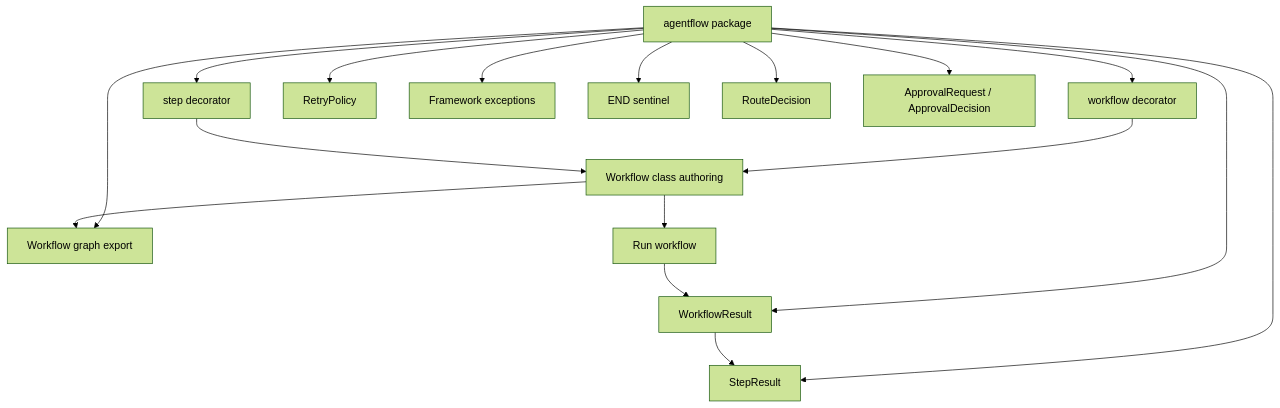
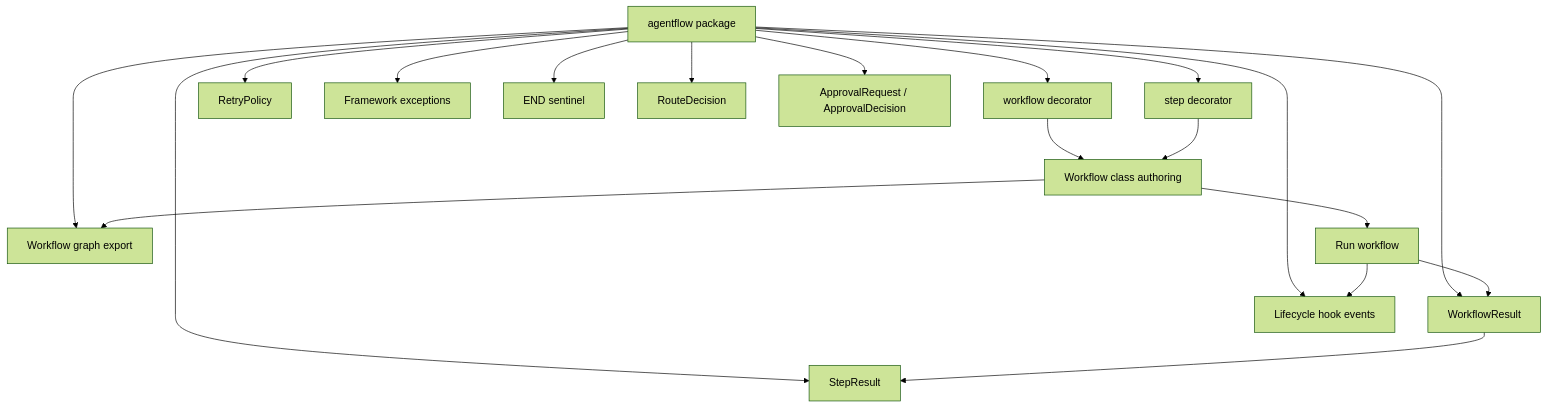
Before and after one commit to danishali778/agentflowkit: the diagram in docs/architecture/api.md, drawn with Mermaid (forest theme). The commit also changed other lines of this file and 18 other files, not shown here.

````diff
--- a/docs/architecture/api.md
+++ b/docs/architecture/api.md
@@ -41,19 +49,21 @@
 ```mermaid
 flowchart TD
     A[agentflow package] --> B[workflow decorator]
     A --> C[step decorator]
     A --> D[WorkflowResult]
     A --> E[StepResult]
     A --> F[RetryPolicy]
     A --> G[Framework exceptions]
     A --> J[END sentinel]
     A --> K[RouteDecision]
     A --> L[ApprovalRequest / ApprovalDecision]
     A --> M[Workflow graph export]
+    A --> N[Lifecycle hook events]
     B --> H[Workflow class authoring]
     C --> H
     H --> I[Run workflow]
     I --> D
+    I --> N
     D --> E
     H --> M
 ```
````
